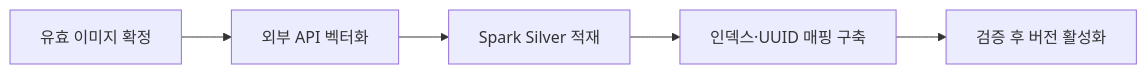
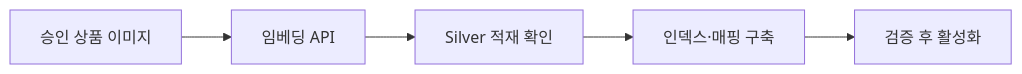
The second of 2 diagrams in docs/design/02-data-pipeline.md (encore-ai-campus/mlo-01-p3-team3), drawn with Mermaid before and after one commit. The commit also changed other lines of this file and 30 other files, not shown here.

Commit message:
docs: update infrastructure and pipeline diagrams

````diff
--- a/docs/design/02-data-pipeline.md
+++ b/docs/design/02-data-pipeline.md
@@ -74,7 +100,7 @@
 ```mermaid
 flowchart LR
-    P["유효 이미지 확정"] --> E["외부 API 벡터화"]
-    E --> S["Spark Silver 적재"]
-    S --> B["인덱스·UUID 매핑 구축"]
-    B --> V["검증 후 버전 활성화"]
+    P["승인 상품 이미지"] --> E["임베딩 API"]
+    E --> S["Silver 적재 확인"]
+    S --> I["인덱스·매핑 구축"]
+    I --> V["검증 후 활성화"]
 ```
````
